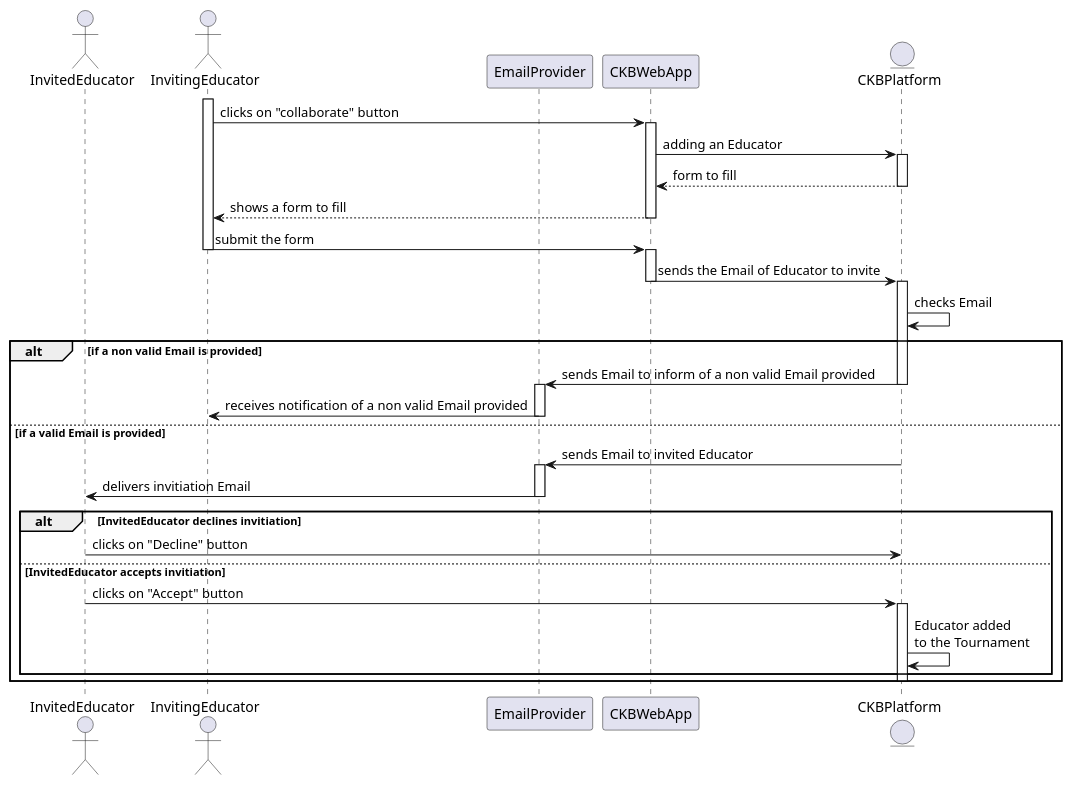
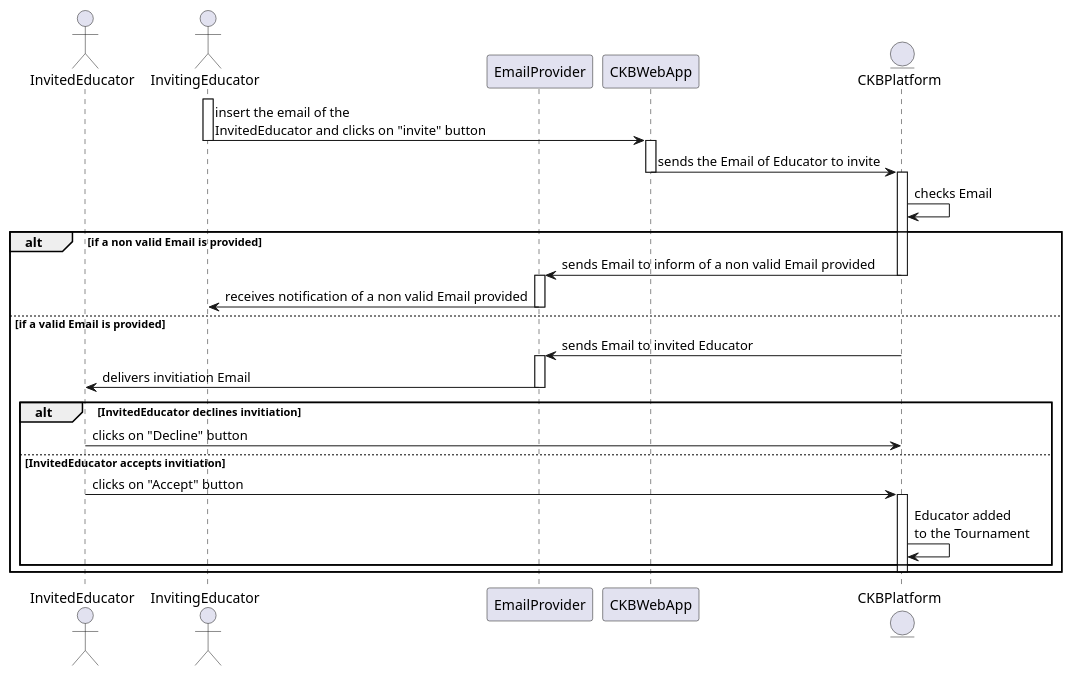
The diagram in _RASD/Images/UML/sequenceDiagram/sequenceDiagramUC4a.wsd (Angelo7672/SE2_Requirement-and-Design-Document), drawn with PlantUML before and after one commit. The commit also changed 7 other files, not shown here.

Commit message:
component Interface diagram update. uc3 uc4 RASD fix

```diff
--- a/_RASD/Images/UML/sequenceDiagram/sequenceDiagramUC4a.wsd
+++ b/_RASD/Images/UML/sequenceDiagram/sequenceDiagramUC4a.wsd
@@ -1,50 +1,40 @@
 @startuml
-
-
 
 actor InvitedEducator as UB
 actor InvitingEducator as UA
 participant EmailProvider as E
 participant CKBWebApp as A
 entity CKBPlatform as P
 
 activate UA
-UA -> A: clicks on "collaborate" button
-activate A
-A -> P: adding an Educator
-activate P
-P --> A: form to fill
-deactivate P
-UA <-- A: shows a form to fill 
-deactivate A
-UA -> A: submit the form
+UA -> A: insert the email of the\nInvitedEducator and clicks on "invite" button
 deactivate UA
 activate A
 A -> P: sends the Email of Educator to invite
 deactivate A
 activate P
 P -> P: checks Email
 
 alt if a non valid Email is provided
     P -> E: sends Email to inform of a non valid Email provided
     deactivate P
     activate E
     E -> UA: receives notification of a non valid Email provided
     deactivate E
 else if a valid Email is provided
     P -> E: sends Email to invited Educator
     activate E
     E -> UB: delivers invitiation Email
     deactivate E
 
     alt InvitedEducator declines invitiation
         UB -> P: clicks on "Decline" button
     else InvitedEducator accepts invitiation
         UB -> P: clicks on "Accept" button
         activate P
         P -> P: Educator added \nto the Tournament
     end
     deactivate P
 end 
 
 @enduml
```
